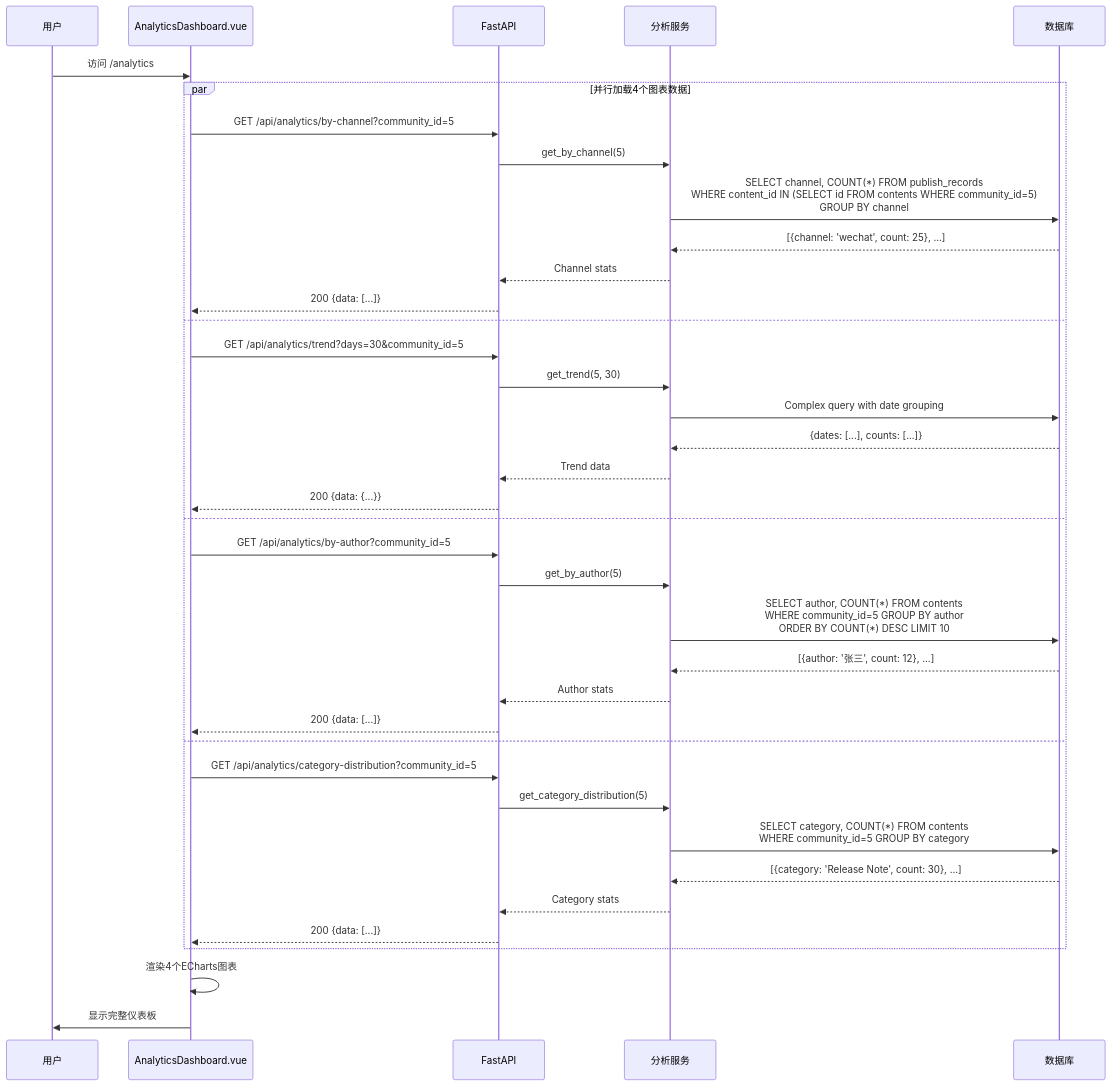
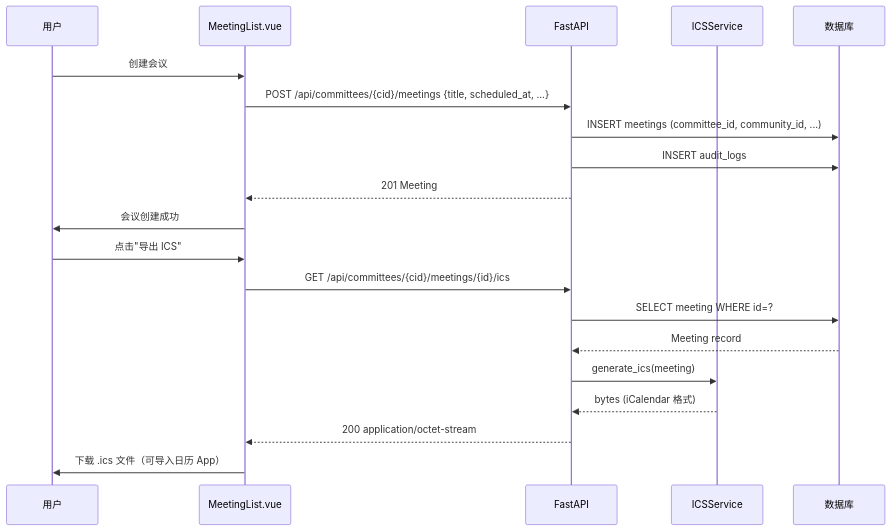
Before and after one commit to ZhengZhenyu/omnicontent: the tenth of 17 diagrams in docs/uml/01-类图与时序图.md, drawn with Mermaid. The commit also changed other lines of this file and 15 other files, not shown here.

````diff
--- a/docs/uml/01-类图与时序图.md
+++ b/docs/uml/01-类图与时序图.md
@@ -422,46 +512,24 @@
 ```mermaid
 sequenceDiagram
     participant User as 用户
-    participant Frontend as AnalyticsDashboard.vue
+    participant Frontend as MeetingList.vue
     participant API as FastAPI
-    participant AnalyticsService as 分析服务
+    participant ICSSvc as ICSService
     participant DB as 数据库
 
-    User->>Frontend: 访问 /analytics
+    User->>Frontend: 创建会议
+    Frontend->>API: POST /api/committees/{cid}/meetings  {title, scheduled_at, ...}
+    API->>DB: INSERT meetings (committee_id, community_id, ...)
+    API->>DB: INSERT audit_logs
+    API-->>Frontend: 201 Meeting
+    Frontend->>User: 会议创建成功
 
-    par 并行加载4个图表数据
-        Frontend->>API: GET /api/analytics/by-channel?community_id=5
-        API->>AnalyticsService: get_by_channel(5)
-        AnalyticsService->>DB: SELECT channel, COUNT(*) FROM publish_records<br/>WHERE content_id IN (SELECT id FROM contents WHERE community_id=5)<br/>GROUP BY channel
-        DB-->>AnalyticsService: [{channel: 'wechat', count: 25}, ...]
-        AnalyticsService-->>API: Channel stats
-        API-->>Frontend: 200 {data: [...]}
-
-    and
-        Frontend->>API: GET /api/analytics/trend?days=30&community_id=5
-        API->>AnalyticsService: get_trend(5, 30)
-        AnalyticsService->>DB: Complex query with date grouping
-        DB-->>AnalyticsService: {dates: [...], counts: [...]}
-        AnalyticsService-->>API: Trend data
-        API-->>Frontend: 200 {data: {...}}
-
-    and
-        Frontend->>API: GET /api/analytics/by-author?community_id=5
-        API->>AnalyticsService: get_by_author(5)
-        AnalyticsService->>DB: SELECT author, COUNT(*) FROM contents<br/>WHERE community_id=5 GROUP BY author<br/>ORDER BY COUNT(*) DESC LIMIT 10
-        DB-->>AnalyticsService: [{author: '张三', count: 12}, ...]
-        AnalyticsService-->>API: Author stats
-        API-->>Frontend: 200 {data: [...]}
-
-    and
-        Frontend->>API: GET /api/analytics/category-distribution?community_id=5
-        API->>AnalyticsService: get_category_distribution(5)
-        AnalyticsService->>DB: SELECT category, COUNT(*) FROM contents<br/>WHERE community_id=5 GROUP BY category
-        DB-->>AnalyticsService: [{category: 'Release Note', count: 30}, ...]
-        AnalyticsService-->>API: Category stats
-        API-->>Frontend: 200 {data: [...]}
-    end
-
-    Frontend->>Frontend: 渲染4个ECharts图表
-    Frontend->>User: 显示完整仪表板
+    User->>Frontend: 点击"导出 ICS"
+    Frontend->>API: GET /api/committees/{cid}/meetings/{id}/ics
+    API->>DB: SELECT meeting WHERE id=?
+    DB-->>API: Meeting record
+    API->>ICSSvc: generate_ics(meeting)
+    ICSSvc-->>API: bytes (iCalendar 格式)
+    API-->>Frontend: 200 application/octet-stream
+    Frontend->>User: 下载 .ics 文件（可导入日历 App）
 ```
````
